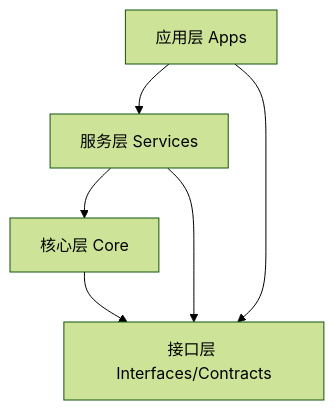
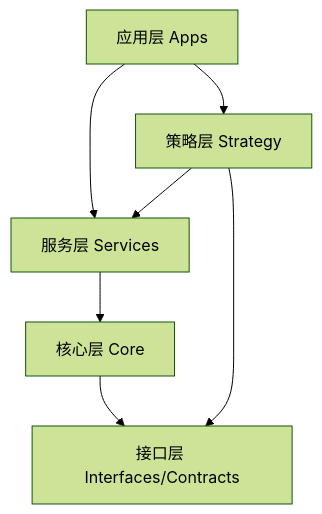
Before and after one commit to zhaofei0923/quant_platform_HF: the diagram in develop/01-系统架构设计/01-02-核心模块划分与职责.md, drawn with Mermaid (forest theme). The commit also changed other lines of this file and 25 other files, not shown here.

````diff
--- a/develop/01-系统架构设计/01-02-核心模块划分与职责.md
+++ b/develop/01-系统架构设计/01-02-核心模块划分与职责.md
@@ -19,13 +16,15 @@
 ```mermaid
 flowchart TB
     APP[应用层 Apps]
+    STRAT[策略层 Strategy]
     SVC[服务层 Services]
     CORE[核心层 Core]
     IFACE[接口层 Interfaces/Contracts]
 
+    APP --> STRAT
     APP --> SVC
+    STRAT --> SVC
     SVC --> CORE
     CORE --> IFACE
-    SVC --> IFACE
-    APP --> IFACE
+    STRAT --> IFACE
 ```
````
